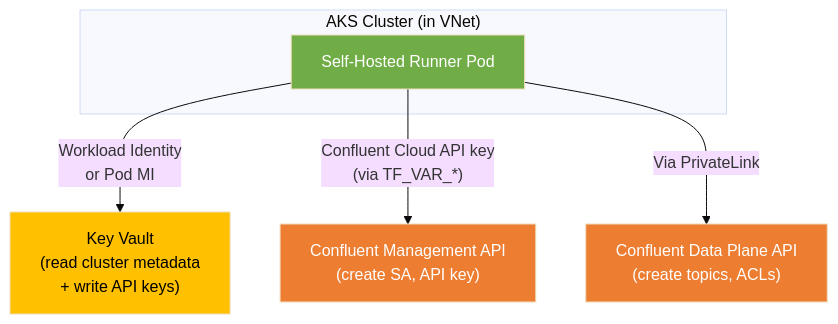
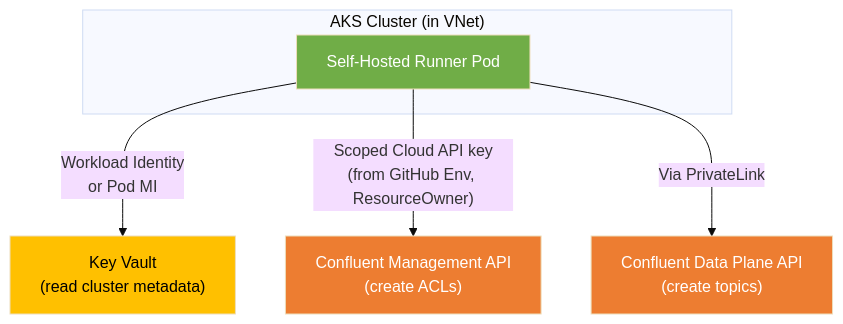
Before and after one commit to GouthamKumar4/terraform-confluent-cloud-aks-poc: the second of 3 diagrams in docs/02-design/security-and-permissions.md, drawn with Mermaid (base theme). The commit also changed other lines of this file and 41 other files, not shown here.

````diff
--- a/docs/02-design/security-and-permissions.md
+++ b/docs/02-design/security-and-permissions.md
@@ -137,15 +158,15 @@
 ```mermaid
 graph TD
     subgraph AKS["AKS Cluster (in VNet)"]
         Runner["Self-Hosted Runner Pod"]
     end
     
-    Runner -->|"Workload Identity<br>or Pod MI"| KV["Key Vault<br>(read cluster metadata<br>+ write API keys)"]
-    Runner -->|"Confluent Cloud API key<br>(via TF_VAR_*)"| MGMT["Confluent Management API<br>(create SA, API key)"]
-    Runner -->|"Via PrivateLink"| DATA["Confluent Data Plane API<br>(create topics, ACLs)"]
+    Runner -->|"Workload Identity<br>or Pod MI"| KV["Key Vault<br>(read cluster metadata)"]
+    Runner -->|"Scoped Cloud API key<br>(from GitHub Env, ResourceOwner)"| MGMT["Confluent Management API<br>(create ACLs)"]
+    Runner -->|"Via PrivateLink"| DATA["Confluent Data Plane API<br>(create topics)"]
     
     style Runner fill:#70AD47,color:#fff
     style KV fill:#FFC000,color:#000
     style MGMT fill:#ED7D31,color:#fff
     style DATA fill:#ED7D31,color:#fff
 ```
````
